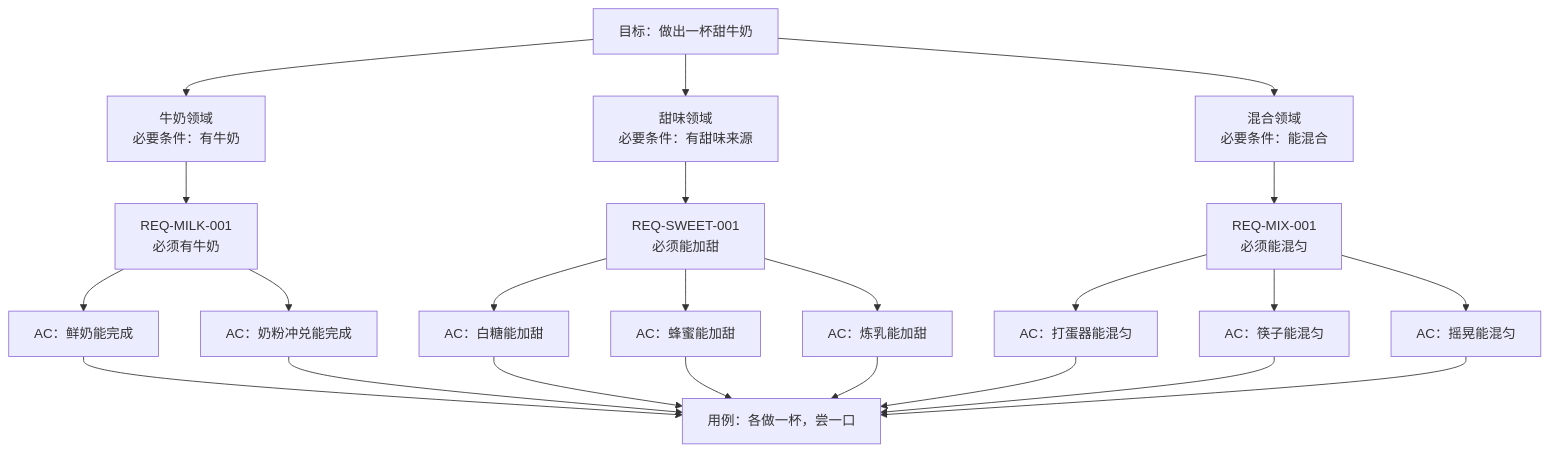
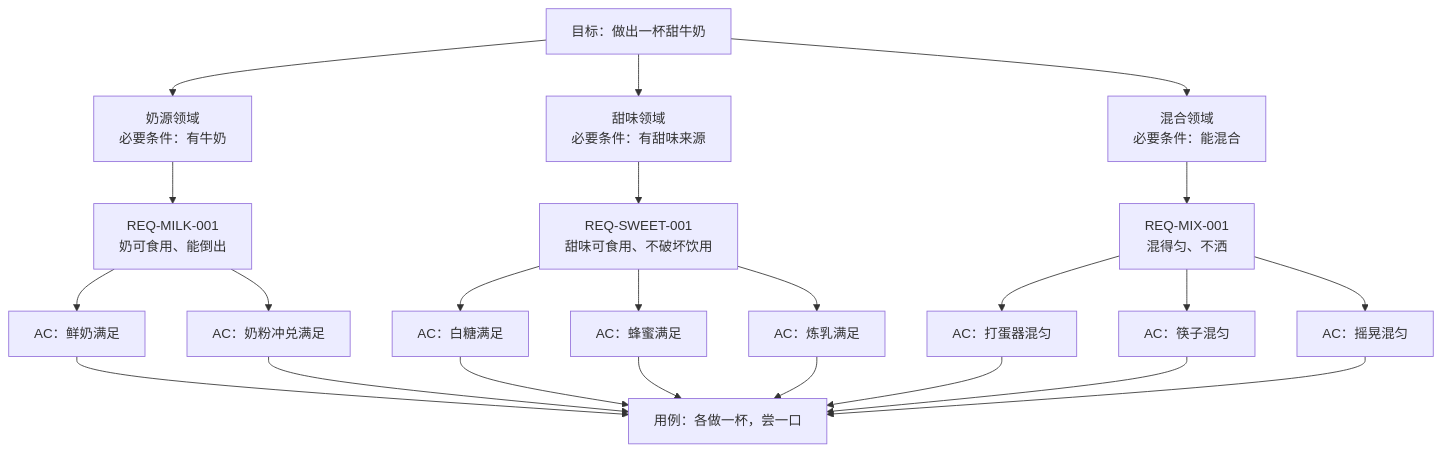
The second of 2 diagrams in docs/GOAL.md (morewhyhan/Ignite), drawn with Mermaid before and after one commit. The commit also changed other lines of this file and 1 other file, not shown here.

Commit message:
docs: separate necessary conditions from req rules in the milk example

````diff
--- a/docs/GOAL.md
+++ b/docs/GOAL.md
@@ -176,41 +188,41 @@
 ```mermaid
 flowchart TD
   G["目标：做出一杯甜牛奶"]
-  D1["牛奶领域<br/>必要条件：有牛奶"]
+  D1["奶源领域<br/>必要条件：有牛奶"]
   D2["甜味领域<br/>必要条件：有甜味来源"]
   D3["混合领域<br/>必要条件：能混合"]
   G --> D1
   G --> D2
   G --> D3
-  R1["REQ-MILK-001<br/>必须有牛奶"]
-  R2["REQ-SWEET-001<br/>必须能加甜"]
-  R3["REQ-MIX-001<br/>必须能混匀"]
+  R1["REQ-MILK-001<br/>奶可食用、能倒出"]
+  R2["REQ-SWEET-001<br/>甜味可食用、不破坏饮用"]
+  R3["REQ-MIX-001<br/>混得匀、不洒"]
   D1 --> R1
   D2 --> R2
   D3 --> R3
-  A1["AC：鲜奶能完成"]
-  A2["AC：奶粉冲兑能完成"]
-  A3["AC：白糖能加甜"]
-  A4["AC：蜂蜜能加甜"]
-  A5["AC：炼乳能加甜"]
-  A6["AC：打蛋器能混匀"]
-  A7["AC：筷子能混匀"]
-  A8["AC：摇晃能混匀"]
+  A1["AC：鲜奶满足"]
+  A2["AC：奶粉冲兑满足"]
+  A3["AC：白糖满足"]
+  A4["AC：蜂蜜满足"]
+  A5["AC：炼乳满足"]
+  A6["AC：打蛋器混匀"]
+  A7["AC：筷子混匀"]
+  A8["AC：摇晃混匀"]
   R1 --> A1
   R1 --> A2
   R2 --> A3
   R2 --> A4
   R2 --> A5
   R3 --> A6
   R3 --> A7
   R3 --> A8
   U["用例：各做一杯，尝一口"]
   A1 --> U
   A2 --> U
   A3 --> U
   A4 --> U
   A5 --> U
   A6 --> U
   A7 --> U
   A8 --> U
 ```
````
